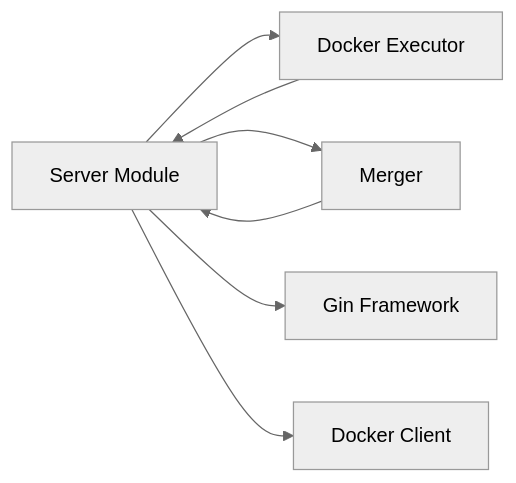
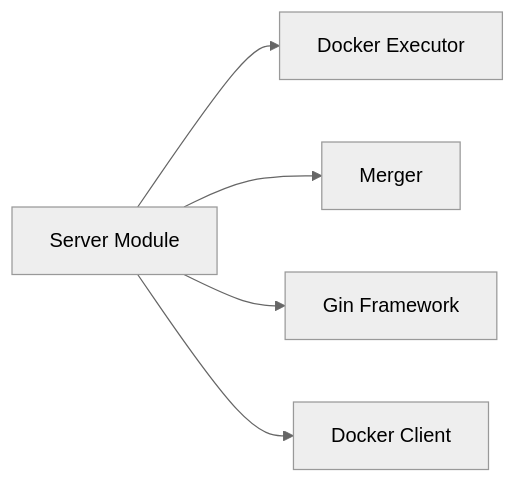
The diagram in docs/developer/modules/01-server.md (AtomiCloud/sulfone.boron), drawn with Mermaid (neutral theme) before and after one commit. The commit also changed other lines of this file and 27 other files, not shown here.

````diff
--- a/docs/developer/modules/01-server.md
+++ b/docs/developer/modules/01-server.md
@@ -47,10 +49,7 @@
 ```mermaid
 flowchart LR
     A[Server Module] --> B[Docker Executor]
     A --> C[Merger]
     A --> D[Gin Framework]
     A --> E[Docker Client]
-
-    B --> A
-    C --> A
 ```
````
